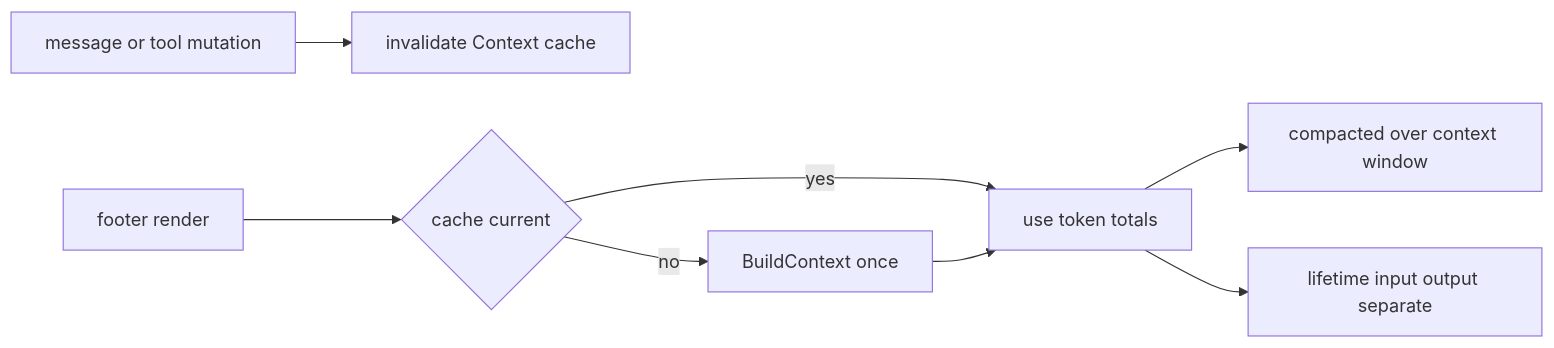
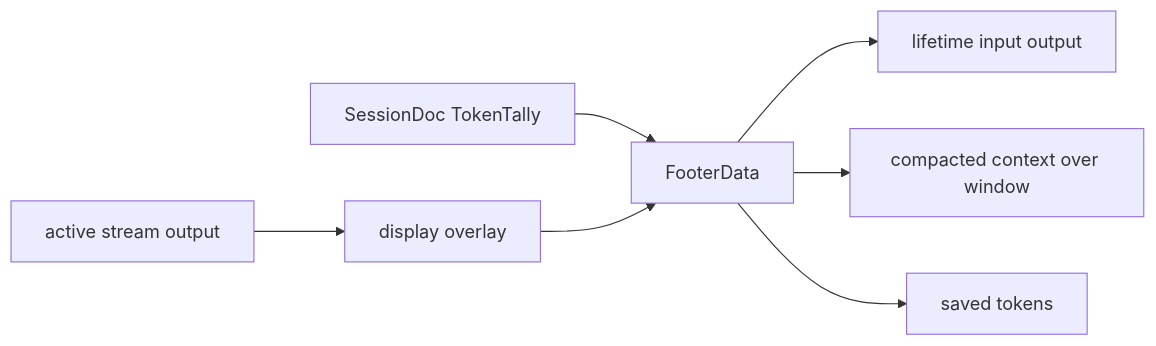
One commit to gogluejf/squid-os changed the sixth of 7 diagrams in .squid-os/plans/file-context-compaction/file-context-compaction.md. Above: the diagram before and after it, drawn with Mermaid. The commit also changed other lines of this file and 2 other files, not shown here.

Commit message:
plans: add live structured token tally

````diff
--- a/.squid-os/plans/file-context-compaction/file-context-compaction.md
+++ b/.squid-os/plans/file-context-compaction/file-context-compaction.md
@@ -344,10 +548,9 @@
 ```mermaid
 flowchart LR
-    M[message or tool mutation] --> I[invalidate Context cache]
-    F[footer render] --> Q{cache current}
-    Q -->|yes| U[use token totals]
-    Q -->|no| B[BuildContext once]
-    B --> U
-    U --> V[compacted over context window]
-    U --> L[lifetime input output separate]
+    T[SessionDoc TokenTally] --> F[FooterData]
+    S[active stream output] --> O[display overlay]
+    O --> F
+    F --> L[lifetime input output]
+    F --> C[compacted context over window]
+    F --> V[saved tokens]
 ```
````
